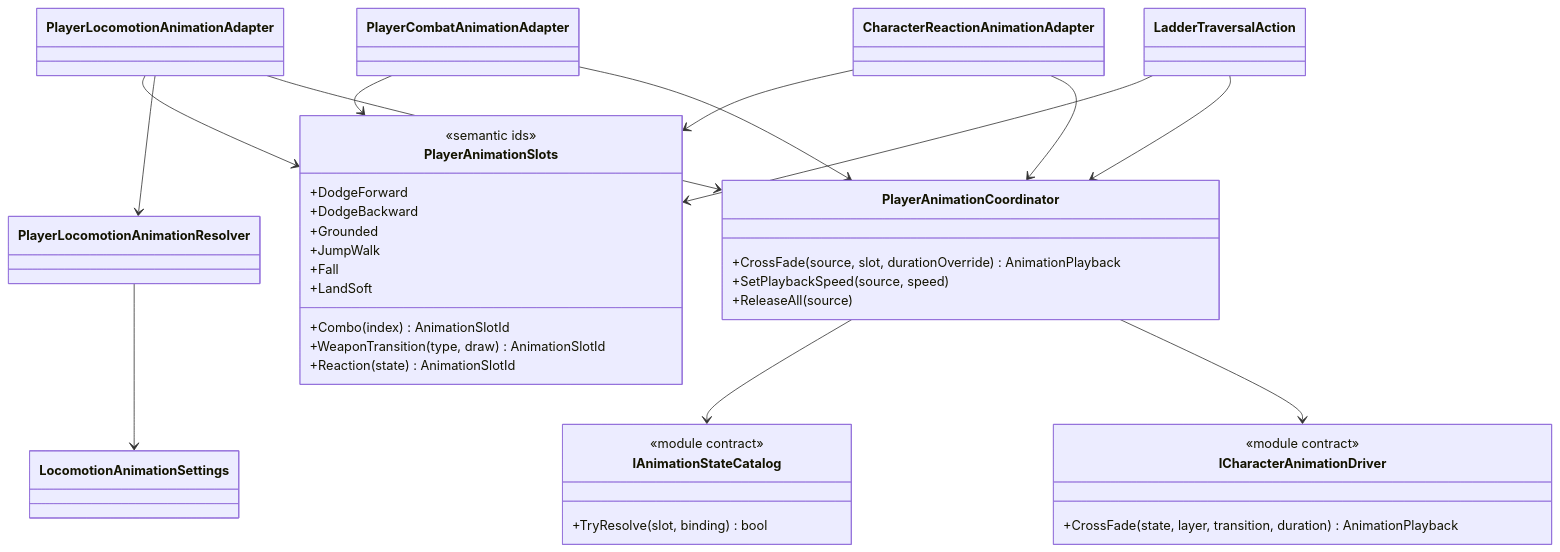
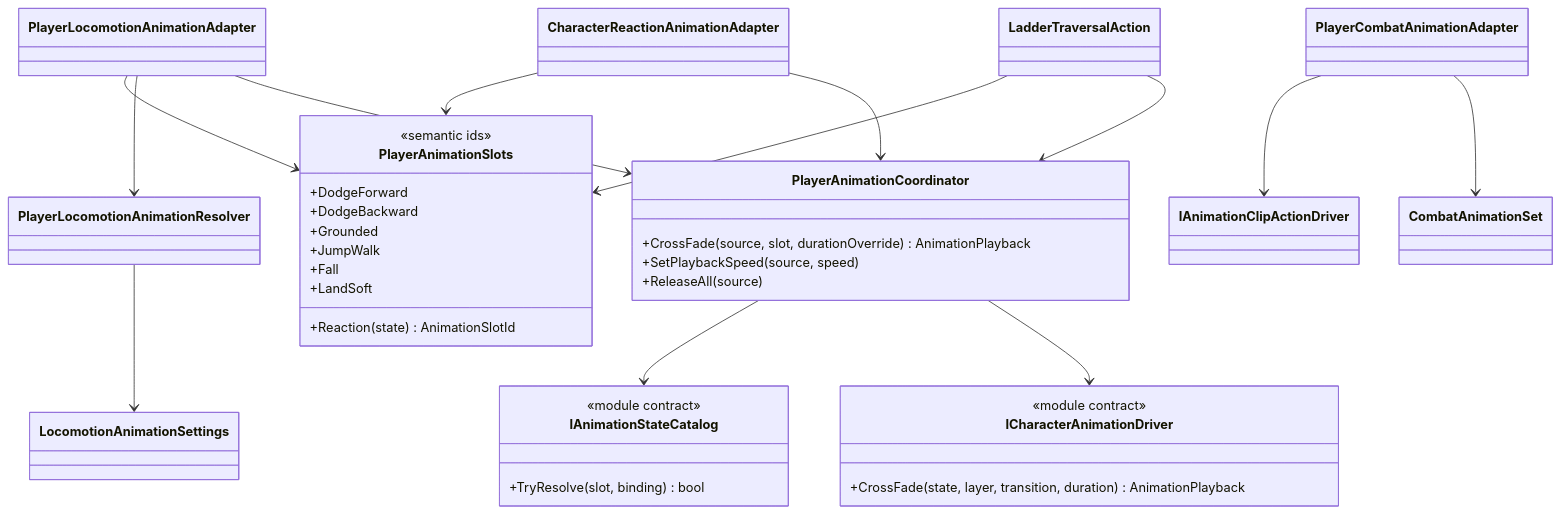
One commit to MaximFonariuc/project-s changed the diagram in Assets/_App/Core/Runtime/Character/AnimationController/README.md. Above: the diagram before and after it, drawn with Mermaid. The commit also changed other lines of this file and 28 other files, not shown here.

````diff
--- a/Assets/_App/Core/Runtime/Character/AnimationController/README.md
+++ b/Assets/_App/Core/Runtime/Character/AnimationController/README.md
@@ -8,47 +8,47 @@
 ```mermaid
 classDiagram
     class PlayerAnimationSlots {
         <<semantic ids>>
         +DodgeForward
         +DodgeBackward
         +Grounded
         +JumpWalk
         +Fall
         +LandSoft
-        +Combo(index) AnimationSlotId
-        +WeaponTransition(type, draw) AnimationSlotId
         +Reaction(state) AnimationSlotId
     }
     class PlayerAnimationCoordinator {
         +CrossFade(source, slot, durationOverride) AnimationPlayback
         +SetPlaybackSpeed(source, speed)
         +ReleaseAll(source)
     }
     class IAnimationStateCatalog {
         <<module contract>>
         +TryResolve(slot, binding) bool
     }
     class ICharacterAnimationDriver {
         <<module contract>>
         +CrossFade(state, layer, transition, duration) AnimationPlayback
     }
     class PlayerLocomotionAnimationAdapter
     class PlayerLocomotionAnimationResolver
     class LocomotionAnimationSettings
     class PlayerCombatAnimationAdapter
+    class IAnimationClipActionDriver
+    class CombatAnimationSet
     class CharacterReactionAnimationAdapter
     class LadderTraversalAction
 
     PlayerLocomotionAnimationAdapter --> PlayerAnimationSlots
     PlayerLocomotionAnimationAdapter --> PlayerLocomotionAnimationResolver
     PlayerLocomotionAnimationResolver --> LocomotionAnimationSettings
-    PlayerCombatAnimationAdapter --> PlayerAnimationSlots
+    PlayerCombatAnimationAdapter --> IAnimationClipActionDriver
+    PlayerCombatAnimationAdapter --> CombatAnimationSet
     CharacterReactionAnimationAdapter --> PlayerAnimationSlots
     LadderTraversalAction --> PlayerAnimationSlots
     PlayerLocomotionAnimationAdapter --> PlayerAnimationCoordinator
-    PlayerCombatAnimationAdapter --> PlayerAnimationCoordinator
     CharacterReactionAnimationAdapter --> PlayerAnimationCoordinator
     LadderTraversalAction --> PlayerAnimationCoordinator
     PlayerAnimationCoordinator --> IAnimationStateCatalog
     PlayerAnimationCoordinator --> ICharacterAnimationDriver
 ```
````
